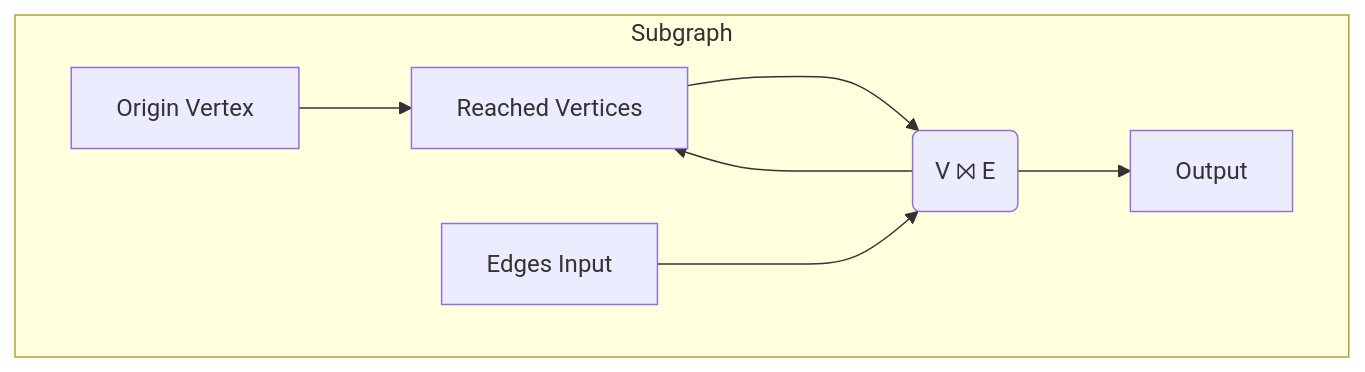
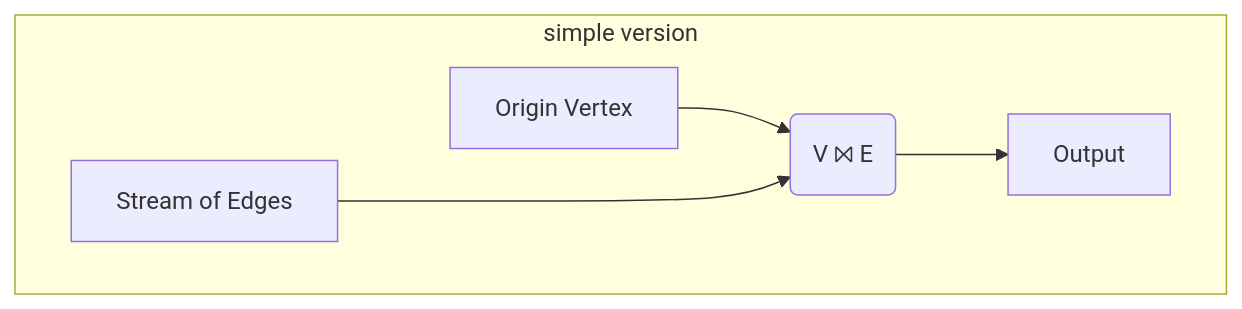
The first of 2 diagrams in book/example_4_surface.md (nickjiang2378/hydroflow), drawn with Mermaid before and after one commit. The commit also changed other lines of this file and 10 other files, not shown here.

````diff
--- a/book/example_4_surface.md
+++ b/book/example_4_surface.md
@@ -19,18 +24,16 @@
 ```mermaid
 graph TD
-  subgraph Subgraph
+  subgraph simple version
     00[Origin Vertex]
-    01[Edges Input]
-    10[Reached Vertices]
+    01[Stream of Edges]
+    
     20("V ⨝ E")
     40[Output]
 
-    00 --> 10
-    10 --> 20
-    20 ---> 10
-
+    00 --> 20
+    
     01 ---> 20
     20 --> 40
     
   end
 ```
````
